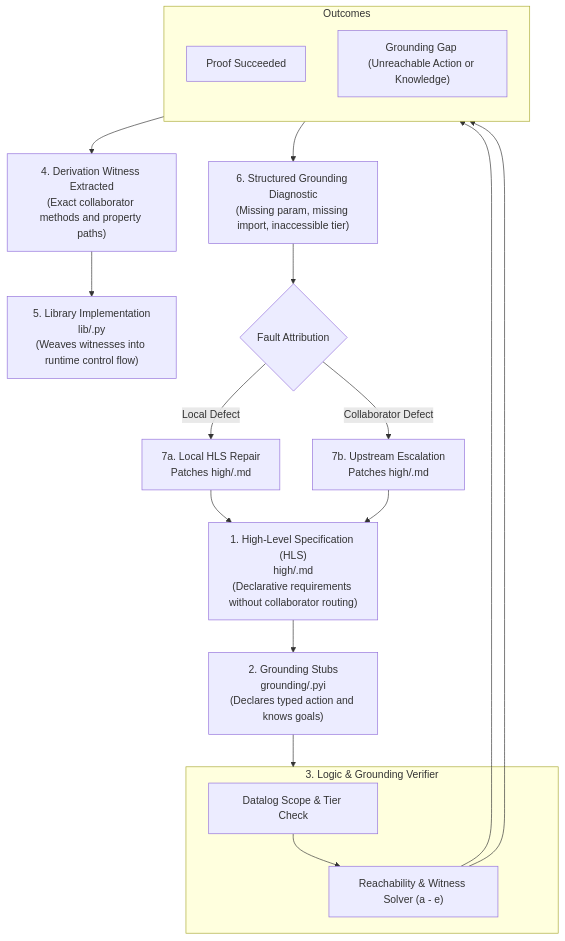
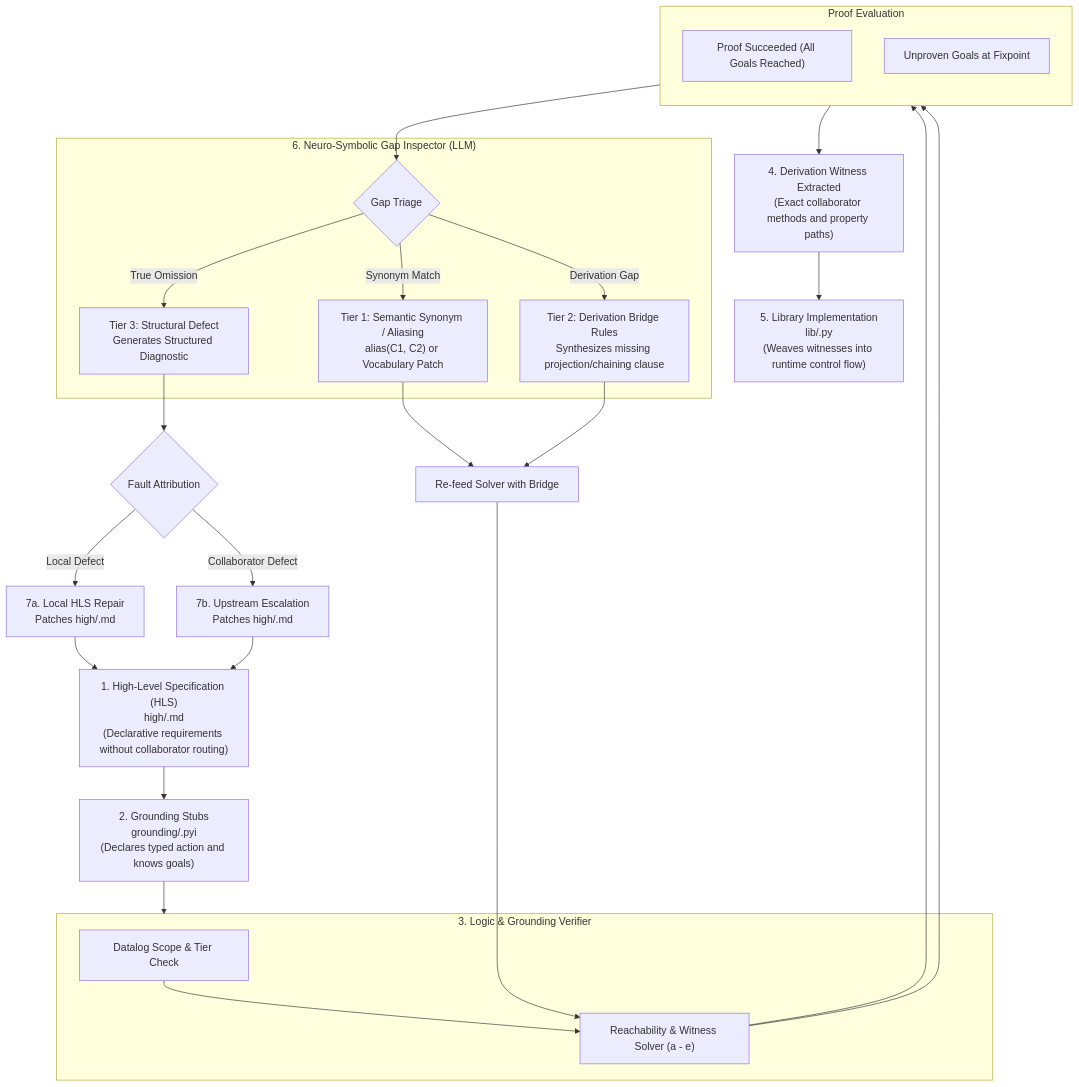
One commit to mcdirmid/cleanroom changed the second of 2 diagrams in design-docs/logic_based_grounding_verification.md. Above: the diagram before and after it, drawn with Mermaid. The commit also changed other lines of this file and 296 other files, not shown here.

````diff
--- a/design-docs/logic_based_grounding_verification.md
+++ b/design-docs/logic_based_grounding_verification.md
@@ -262,34 +278,49 @@
 ```mermaid
 flowchart TD
     HLS["1. High-Level Specification (HLS)<br/>high/<name>.md<br/>(Declarative requirements without collaborator routing)"]
     Grounding["2. Grounding Stubs<br/>grounding/<name>.pyi<br/>(Declares typed action and knows goals)"]
     
     HLS --> Grounding
     
     subgraph Verifier["3. Logic & Grounding Verifier"]
         ScopeCheck["Datalog Scope & Tier Check"]
         Reachability["Reachability & Witness Solver (a - e)"]
         ScopeCheck --> Reachability
     end
     
     Grounding --> Verifier
     
-    subgraph Outcome["Outcomes"]
+    subgraph Outcome["Proof Evaluation"]
         direction TB
-        Pass["Proof Succeeded"]
-        Fail["Grounding Gap (Unreachable Action or Knowledge)"]
+        Pass["Proof Succeeded (All Goals Reached)"]
+        Unsatisfied["Unproven Goals at Fixpoint"]
     end
     
     Reachability --> Pass
-    Reachability --> Fail
+    Reachability --> Unsatisfied
     
     Pass --> Witness["4. Derivation Witness Extracted<br/>(Exact collaborator methods and property paths)"]
     Witness --> LibGen["5. Library Implementation<br/>lib/<name>.py<br/>(Weaves witnesses into runtime control flow)"]
     
-    Fail --> Diagnostic["6. Structured Grounding Diagnostic<br/>(Missing param, missing import, inaccessible tier)"]
-    Diagnostic --> FaultRouter{"Fault Attribution"}
+    subgraph NeuroSymbolicBridge["6. Neuro-Symbolic Gap Inspector (LLM)"]
+        Triage{"Gap Triage"}
+        Synonym["Tier 1: Semantic Synonym / Aliasing<br/>alias(C1, C2) or Vocabulary Patch"]
+        BridgeRule["Tier 2: Derivation Bridge Rules<br/>Synthesizes missing projection/chaining clause"]
+        HardDefect["Tier 3: Structural Defect<br/>Generates Structured Diagnostic"]
+    end
+    
+    Unsatisfied --> Triage
+    Triage -- "Synonym Match" --> Synonym
+    Triage -- "Derivation Gap" --> BridgeRule
+    Triage -- "True Omission" --> HardDefect
+    
+    Synonym --> ReVerify["Re-feed Solver with Bridge"]
+    BridgeRule --> ReVerify
+    ReVerify --> Reachability
+    
+    HardDefect --> FaultRouter{"Fault Attribution"}
     FaultRouter -- "Local Defect" --> HLSRepair["7a. Local HLS Repair<br/>Patches high/<name>.md"]
     FaultRouter -- "Collaborator Defect" --> UpstreamRepair["7b. Upstream Escalation<br/>Patches high/<collaborator>.md"]
     HLSRepair --> HLS
     UpstreamRepair --> HLS
 ```
````
